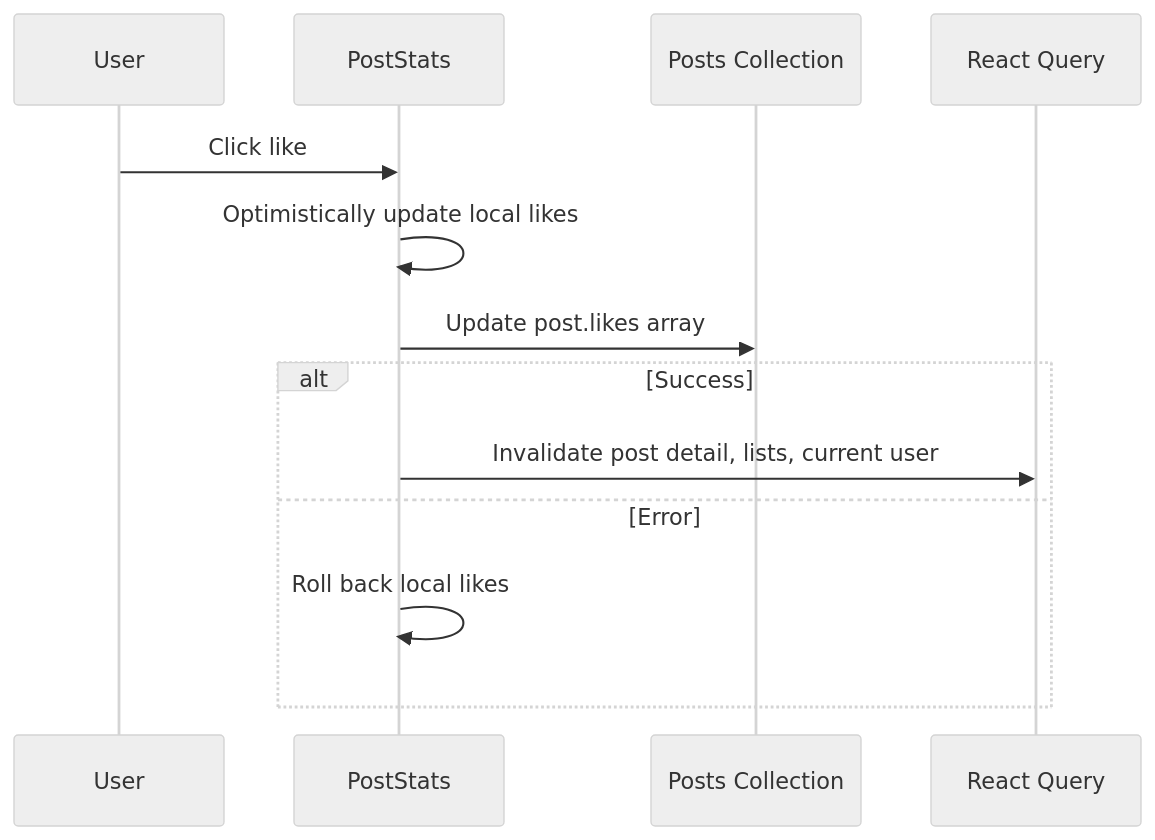
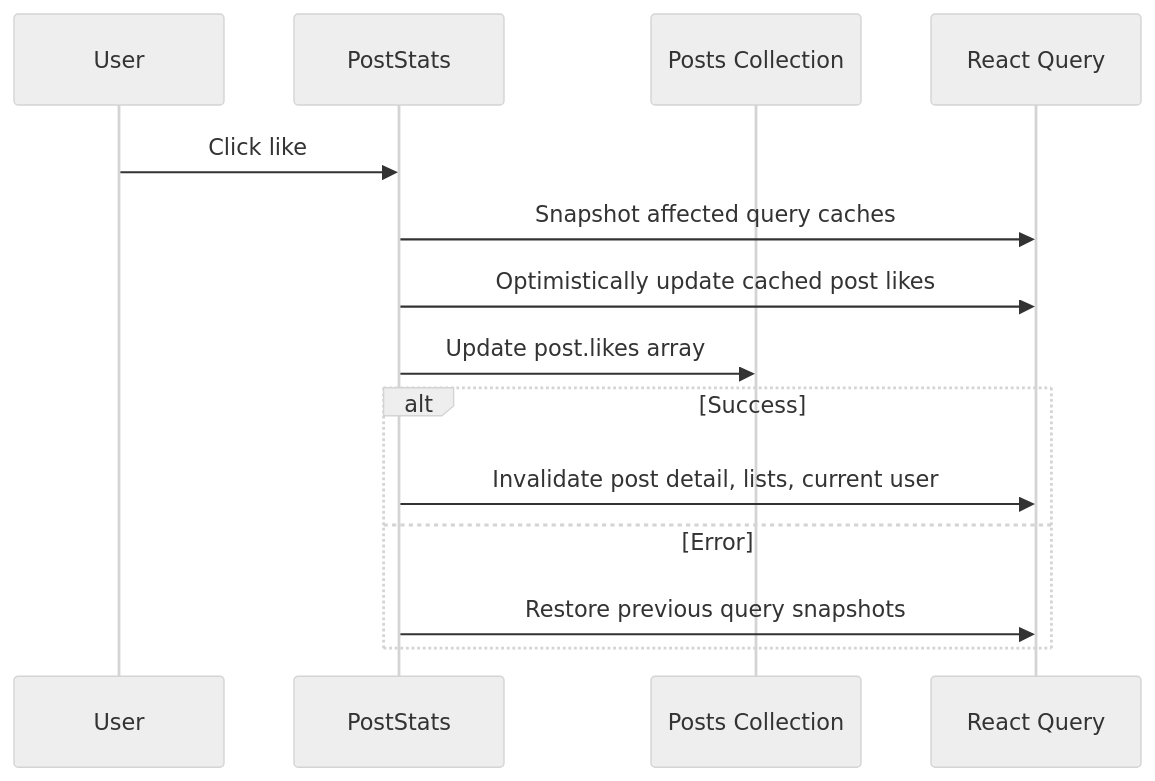
Before and after one commit to BINIT-Nayak/Snapgram: the seventh of 15 diagrams in docs/HLD.md, drawn with Mermaid (neutral theme). The commit also changed other lines of this file and 16 other files, not shown here.

````diff
--- a/docs/HLD.md
+++ b/docs/HLD.md
@@ -248,16 +250,17 @@
 ```mermaid
 sequenceDiagram
   participant User
   participant Stats as PostStats
   participant DB as Posts Collection
   participant RQ as React Query
 
   User->>Stats: Click like
-  Stats->>Stats: Optimistically update local likes
+  Stats->>RQ: Snapshot affected query caches
+  Stats->>RQ: Optimistically update cached post likes
   Stats->>DB: Update post.likes array
   alt Success
     Stats->>RQ: Invalidate post detail, lists, current user
   else Error
-    Stats->>Stats: Roll back local likes
+    Stats->>RQ: Restore previous query snapshots
   end
 ```
````
